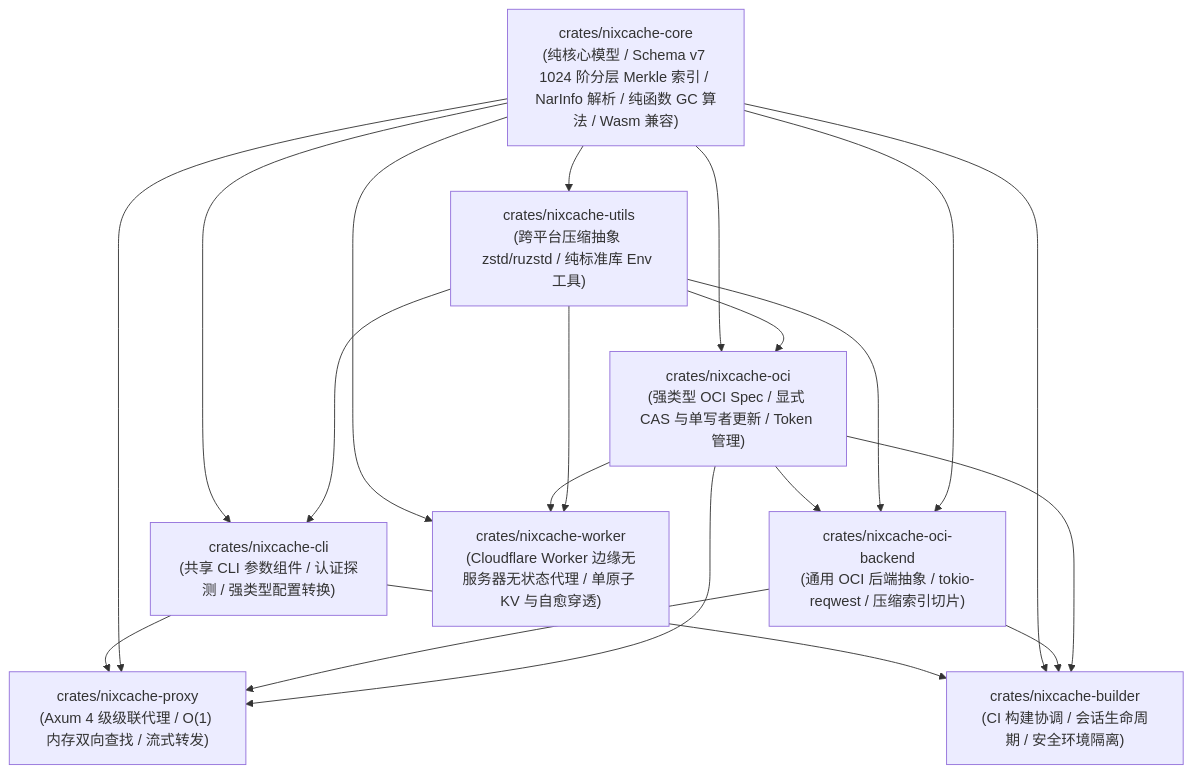
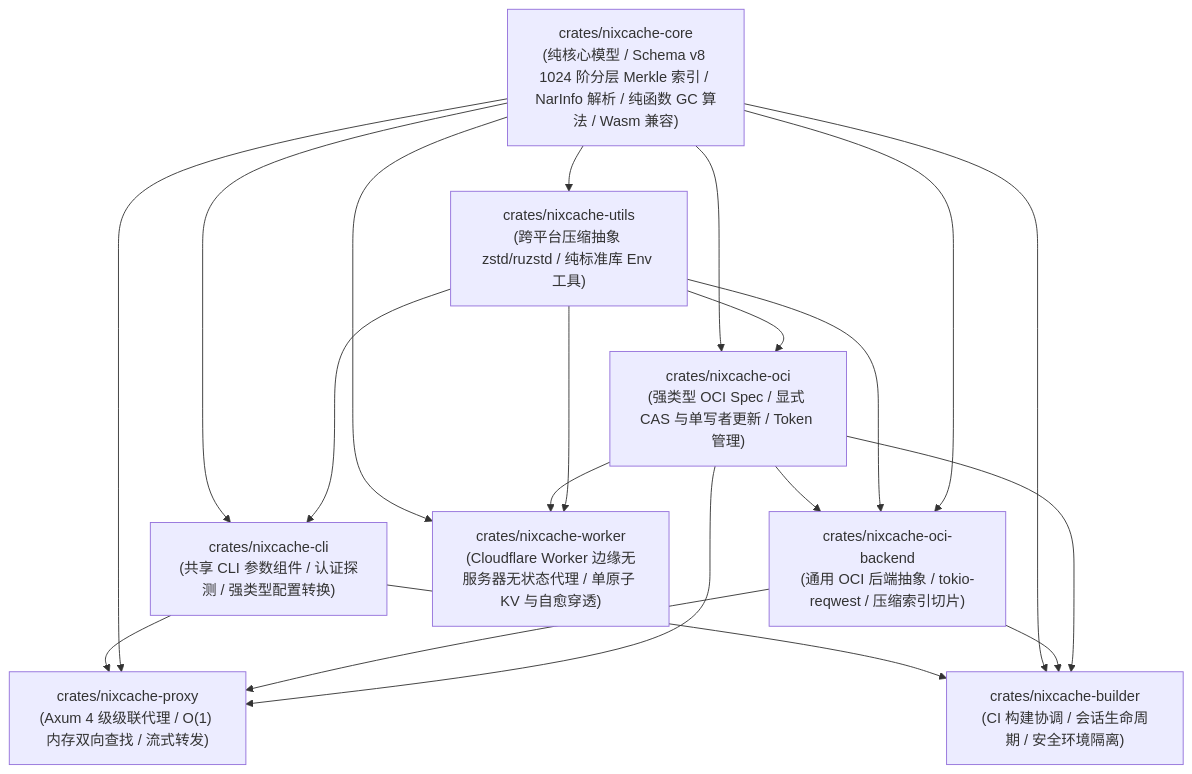
The second of 3 diagrams in README.md (shaogme/nixcache-oci), drawn with Mermaid before and after one commit. The commit also changed other lines of this file and 36 other files, not shown here.

````diff
--- a/README.md
+++ b/README.md
@@ -987,31 +987,31 @@
 ```mermaid
 flowchart TD
-    Core["crates/nixcache-core<br>(纯核心模型 / Schema v7 1024 阶分层 Merkle 索引 / NarInfo 解析 / 纯函数 GC 算法 / Wasm 兼容)"]
+    Core["crates/nixcache-core<br>(纯核心模型 / Schema v8 1024 阶分层 Merkle 索引 / NarInfo 解析 / 纯函数 GC 算法 / Wasm 兼容)"]
     Utils["crates/nixcache-utils<br>(跨平台压缩抽象 zstd/ruzstd / 纯标准库 Env 工具)"]
     CLI["crates/nixcache-cli<br>(共享 CLI 参数组件 / 认证探测 / 强类型配置转换)"]
     OCI["crates/nixcache-oci<br>(强类型 OCI Spec / 显式 CAS 与单写者更新 / Token 管理)"]
     Backend["crates/nixcache-oci-backend<br>(通用 OCI 后端抽象 / tokio-reqwest / 压缩索引切片)"]
     Proxy["crates/nixcache-proxy<br>(Axum 4 级级联代理 / O(1) 内存双向查找 / 流式转发)"]
     Builder["crates/nixcache-builder<br>(CI 构建协调 / 会话生命周期 / 安全环境隔离)"]
     Worker["crates/nixcache-worker<br>(Cloudflare Worker 边缘无服务器无状态代理 / 单原子 KV 与自愈穿透)"]
 
     Core --> Utils
     Core --> OCI
     Utils --> OCI
     OCI --> Backend
     Utils --> Backend
     Core --> Backend
     Core --> CLI
     Utils --> CLI
     CLI --> Proxy
     Core --> Proxy
     Backend --> Proxy
     OCI --> Proxy
     CLI --> Builder
     Core --> Builder
     Backend --> Builder
     OCI --> Builder
     Core --> Worker
     OCI --> Worker
     Utils --> Worker
 ```
````
